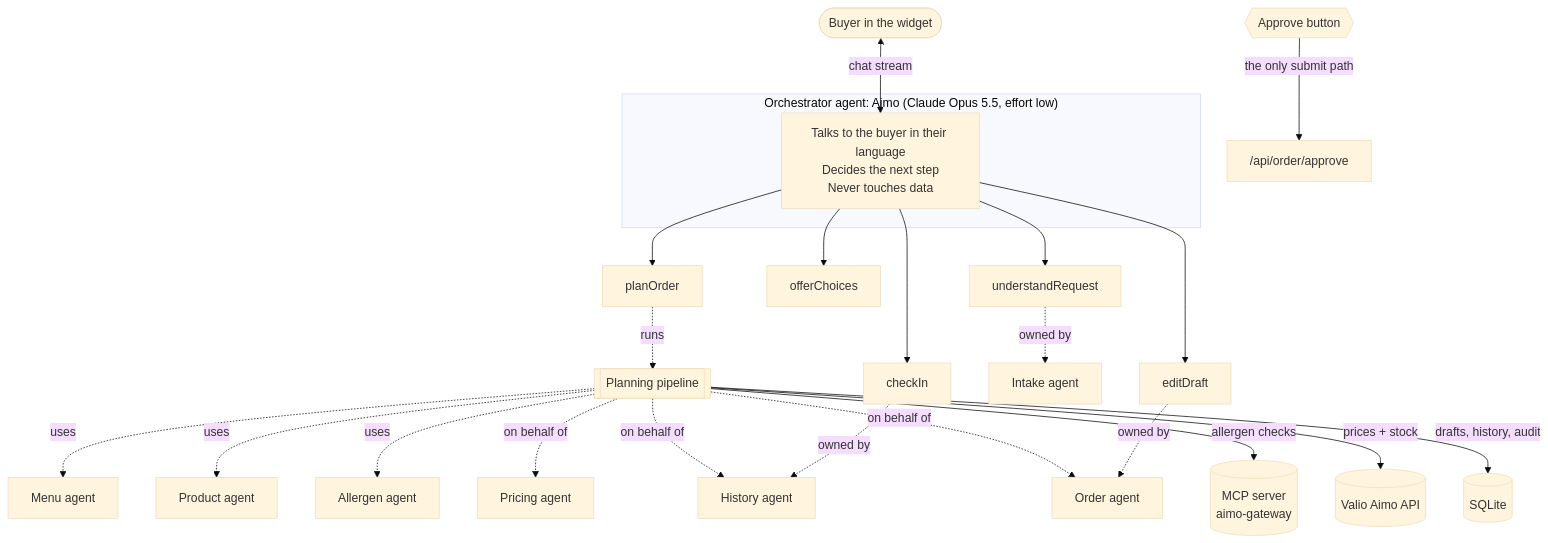
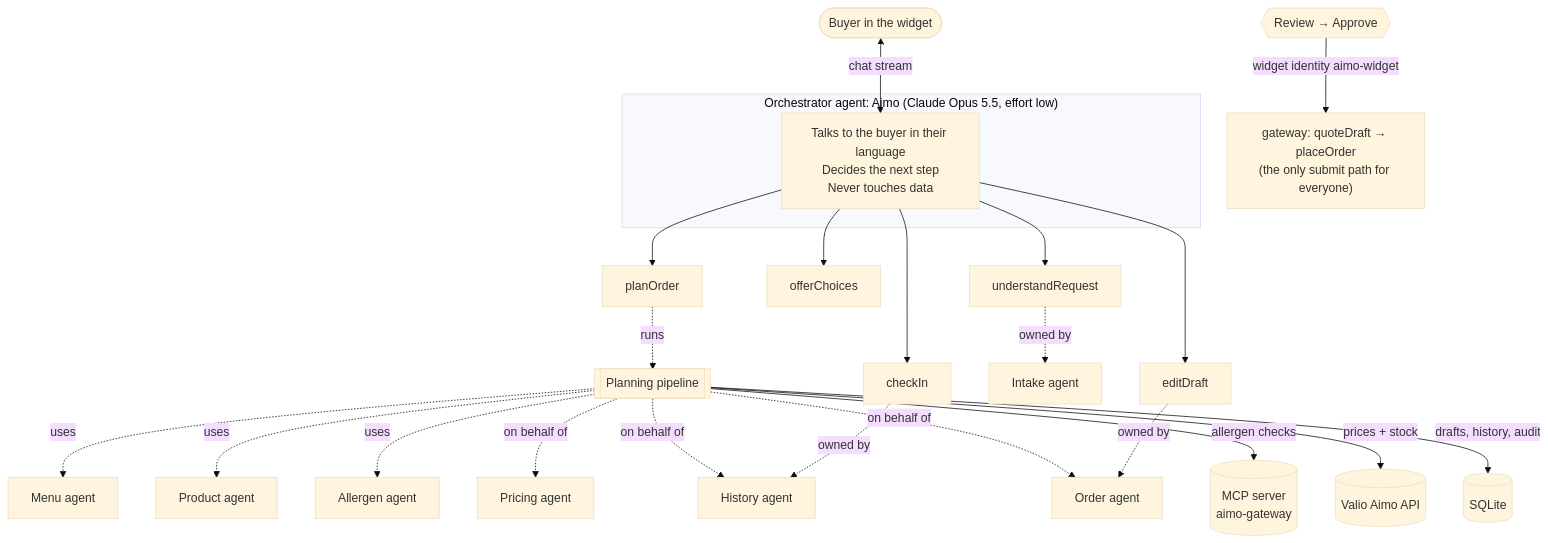
Before and after one commit to Viettranni/AimoValio-Junction2026: the first of 5 diagrams in MCP.md, drawn with Mermaid (base theme). The commit also changed other lines of this file and 2 other files, not shown here.

Commit message:
Document the widget as a gateway client and the delivery timeline

````diff
--- a/MCP.md
+++ b/MCP.md
@@ -7,31 +7,31 @@
 ```mermaid
 flowchart TB
   B([Buyer in the widget]) <-->|chat stream| O
 
   subgraph Orchestrator["Orchestrator agent: Aimo (Claude Opus 5.5, effort low)"]
     O[Talks to the buyer in their language<br/>Decides the next step<br/>Never touches data]
   end
 
   O --> T1[understandRequest]
   O --> T2[offerChoices]
   O --> T3[planOrder]
   O --> T4[editDraft]
   O --> T5[checkIn]
 
   T1 -.owned by.-> S1[Intake agent]
   T3 -.runs.-> P[[Planning pipeline]]
   P -.uses.-> S2[Menu agent]
   P -.uses.-> S3[Product agent]
   P -.uses.-> S4[Allergen agent]
   P -.on behalf of.-> S5[Pricing agent]
   P -.on behalf of.-> S6[History agent]
   P -.on behalf of.-> S7[Order agent]
   T4 -.owned by.-> S7
   T5 -.owned by.-> S6
 
   P -->|allergen checks| MCP[(MCP server<br/>aimo-gateway)]
   P -->|prices + stock| V[(Valio Aimo API)]
   P -->|drafts, history, audit| DB[(SQLite)]
 
-  UI{{Approve button}} -->|the only submit path| API["/api/order/approve"]
+  UI{{Review → Approve}} -->|widget identity aimo-widget| GW["gateway: quoteDraft → placeOrder<br/>(the only submit path for everyone)"]
 ```
````
